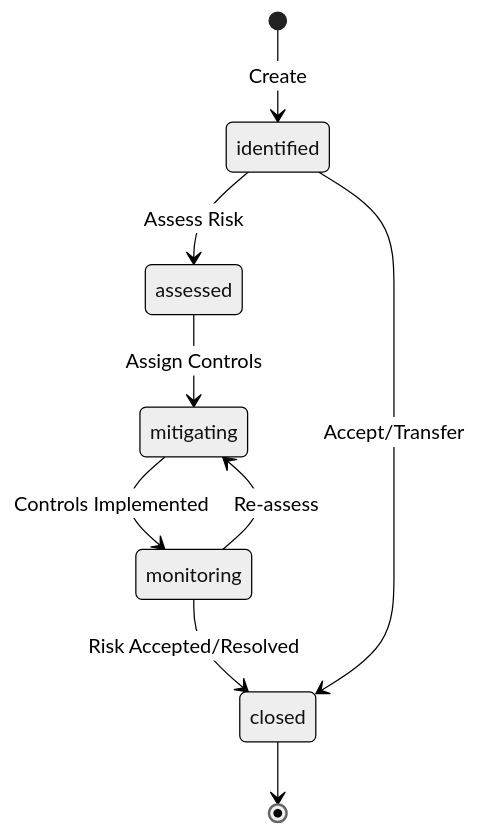
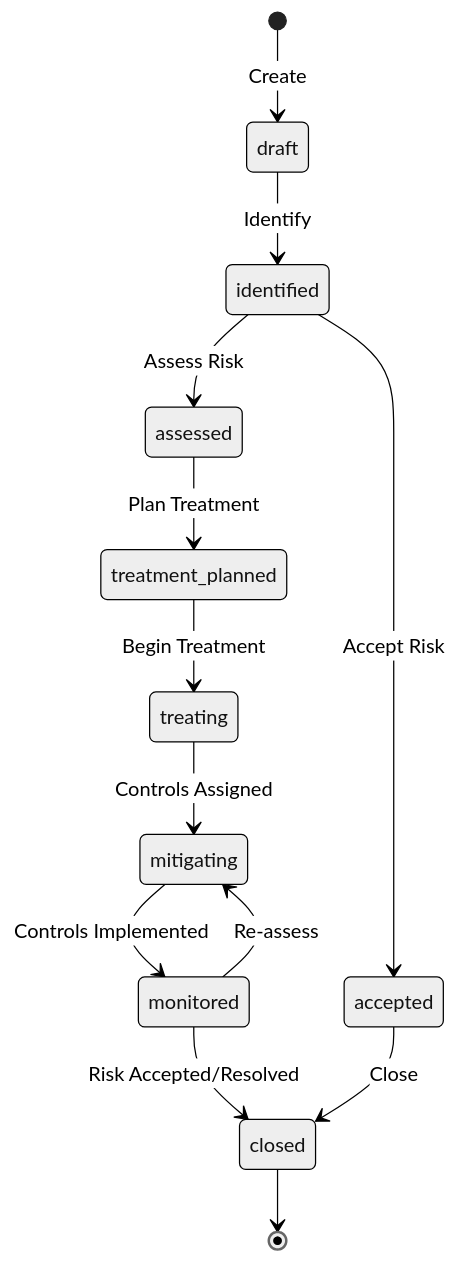
The fourth of 8 diagrams in docs/suite/04_GRC.md (Gokhanagingil/grc), drawn with Mermaid (neutral theme) before and after one commit. The commit also changed other lines of this file, not shown here.

````diff
--- a/docs/suite/04_GRC.md
+++ b/docs/suite/04_GRC.md
@@ -211,11 +211,15 @@
 ```mermaid
 stateDiagram-v2
-    [*] --> identified : Create
+    [*] --> draft : Create
+    draft --> identified : Identify
     identified --> assessed : Assess Risk
-    assessed --> mitigating : Assign Controls
-    mitigating --> monitoring : Controls Implemented
-    monitoring --> closed : Risk Accepted/Resolved
-    monitoring --> mitigating : Re-assess
-    identified --> closed : Accept/Transfer
+    assessed --> treatment_planned : Plan Treatment
+    treatment_planned --> treating : Begin Treatment
+    treating --> mitigating : Controls Assigned
+    mitigating --> monitored : Controls Implemented
+    monitored --> closed : Risk Accepted/Resolved
+    monitored --> mitigating : Re-assess
+    identified --> accepted : Accept Risk
+    accepted --> closed : Close
     closed --> [*]
 ```
````
